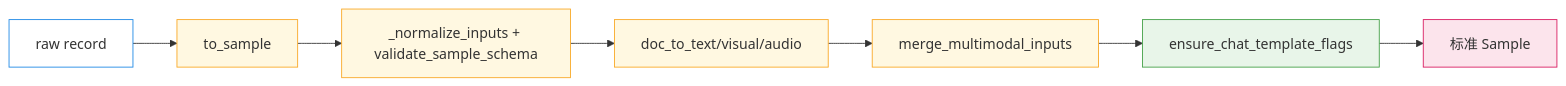
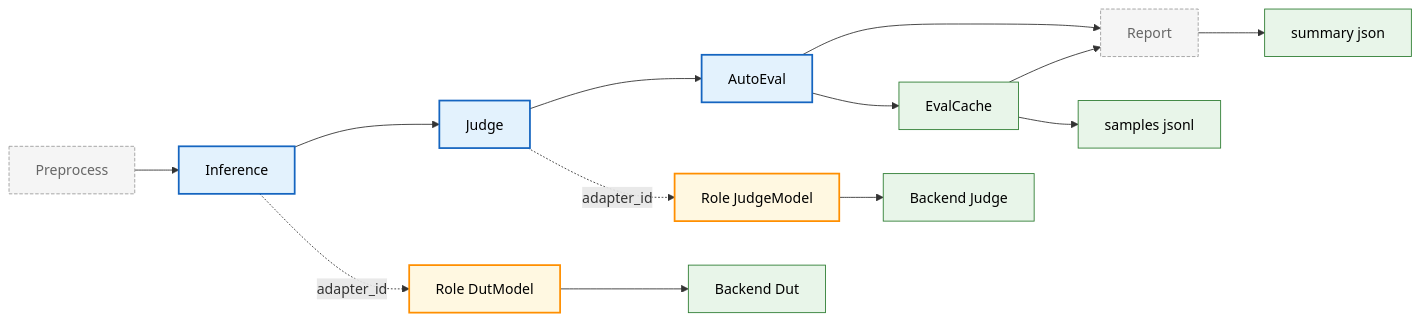
Before and after one commit to HiThink-Research/GAGE: the second of 12 diagrams in README.md, drawn with Mermaid. The commit also changed other lines of this file and 42 other files, not shown here.

````diff
--- a/README.md
+++ b/README.md
@@ -247,17 +95,19 @@
 ```mermaid
 flowchart LR
-  R[raw record] --> TS[to_sample]
-  TS --> NORM[_normalize_inputs + validate_sample_schema]
-  NORM --> DOC[doc_to_text/visual/audio]
-  DOC --> MM[merge_multimodal_inputs]
-  MM --> FLAGS[ensure_chat_template_flags]
-  FLAGS --> OUT[标准 Sample]
+  classDef fixed fill:#F5F5F5,stroke:#9E9E9E,stroke-dasharray: 4 2,color:#666
+  classDef step fill:#E3F2FD,stroke:#1565C0,stroke-width:2px,color:#000
+  classDef role fill:#FFF8E1,stroke:#FF8F00,stroke-width:2px,color:#000
+  classDef impl fill:#E8F5E9,stroke:#2E7D32,stroke-width:1px,color:#000
+  classDef out fill:#E8F5E9,stroke:#2E7D32,stroke-width:1px,color:#000
 
-  style R fill:#ffffff,stroke:#1e88e5
-  style TS fill:#fff8e1,stroke:#f9a825
-  style NORM fill:#fff8e1,stroke:#f9a825
-  style DOC fill:#fff8e1,stroke:#f9a825
-  style MM fill:#fff8e1,stroke:#f9a825
-  style FLAGS fill:#e8f5e9,stroke:#43a047
-  style OUT fill:#fce4ec,stroke:#d81b60
+  Pre[Preprocess]:::fixed --> Inf[Inference]:::step --> Jdg[Judge]:::step --> AE[AutoEval]:::step --> Rep[Report]:::fixed
+
+  Inf -. adapter_id .-> Dut[Role DutModel]:::role --> BD1[Backend Dut]:::impl
+  Jdg -. adapter_id .-> JRole[Role JudgeModel]:::role --> BD2[Backend Judge]:::impl
+
+  AE --> Cache[EvalCache]:::impl
+  Cache --> Rep
+
+  Cache --> Samp[samples jsonl]:::out
+  Rep --> Sum[summary json]:::out
 ```
````
